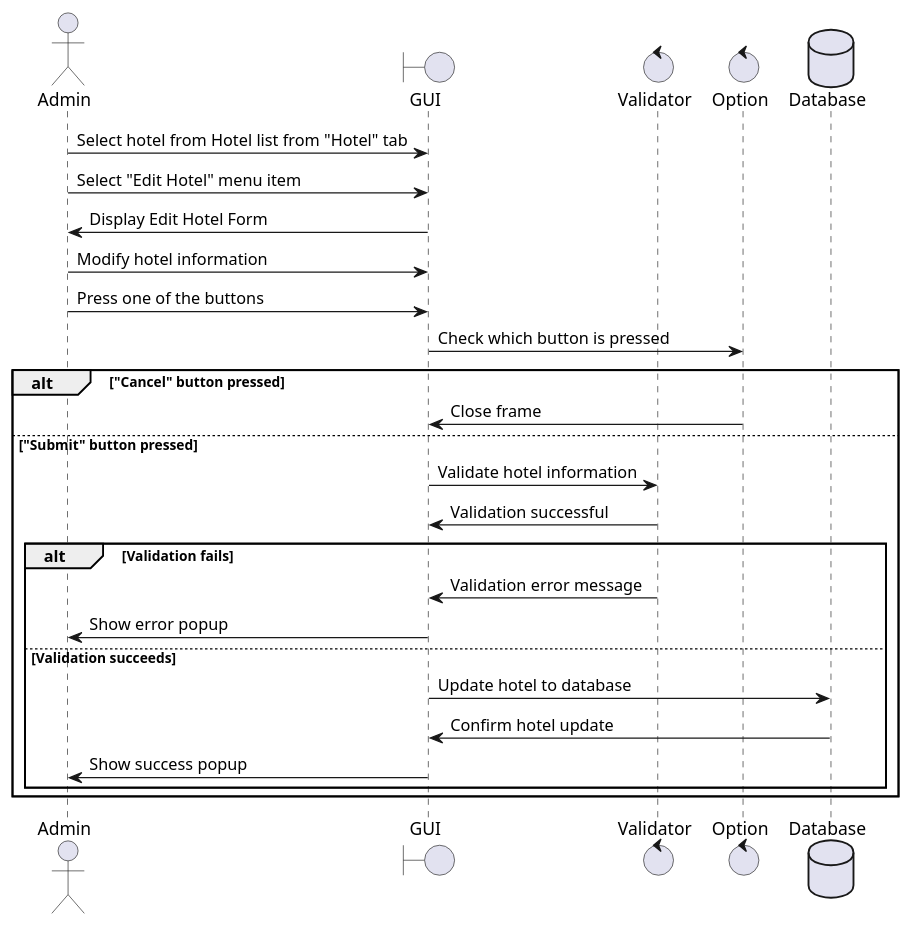
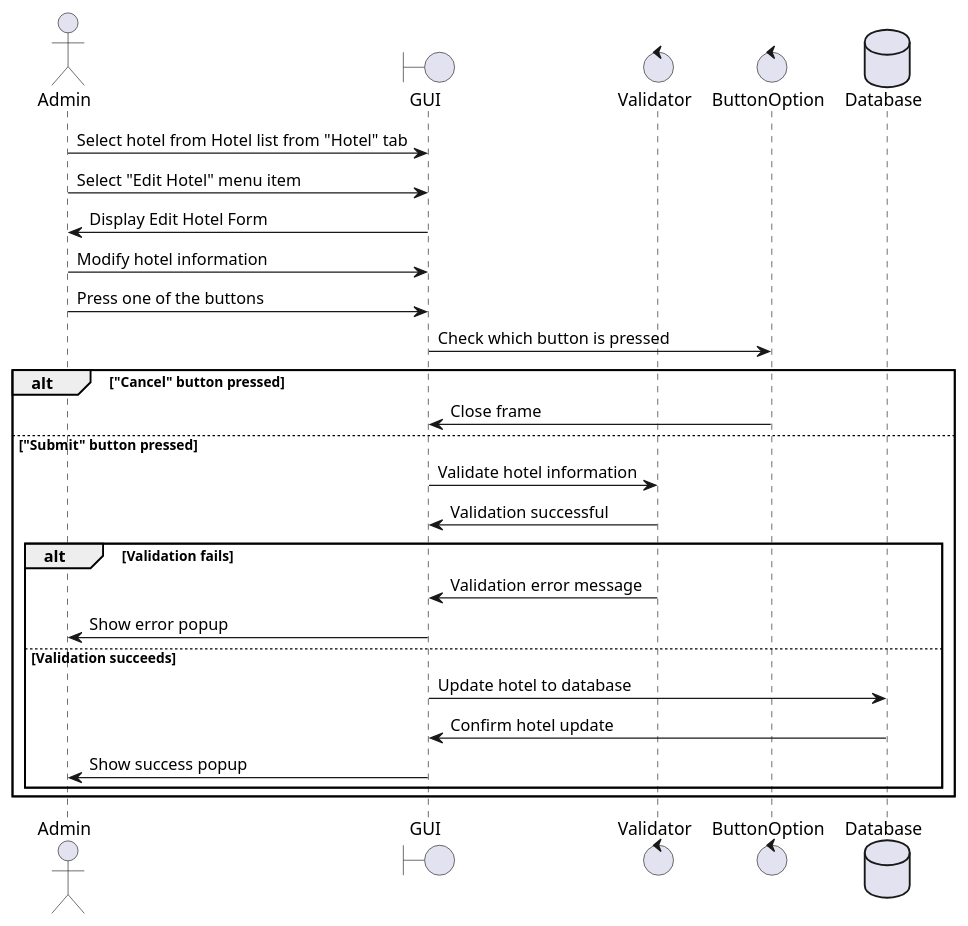
The diagram in docs/sequence-diagrams/kdesp73/hotel-edit.plantuml (DMG-TechLabs/hotel-manager), drawn with PlantUML before and after one commit. The commit also changed 16 other files, not shown here.

Commit message:
added thanasis sequence diagrams

```diff
--- a/docs/sequence-diagrams/kdesp73/hotel-edit.plantuml
+++ b/docs/sequence-diagrams/kdesp73/hotel-edit.plantuml
@@ -1,30 +1,30 @@
 @startuml hotel-edit
 
 actor Admin as A
 boundary GUI as G
 control Validator as V
-control Option as O
+control ButtonOption as O
 database Database as D
 
 A -> G : Select hotel from Hotel list from "Hotel" tab
 A -> G : Select "Edit Hotel" menu item
 G -> A : Display Edit Hotel Form
 A -> G : Modify hotel information
 A -> G : Press one of the buttons
 G -> O : Check which button is pressed
 alt "Cancel" button pressed
     O -> G : Close frame
 else "Submit" button pressed
     G -> V : Validate hotel information
     V -> G : Validation successful
     alt Validation fails
         V -> G : Validation error message
         G -> A : Show error popup
     else Validation succeeds
         G -> D : Update hotel to database
         D -> G : Confirm hotel update
         G -> A : Show success popup
     end
 end
 
 @enduml
```
